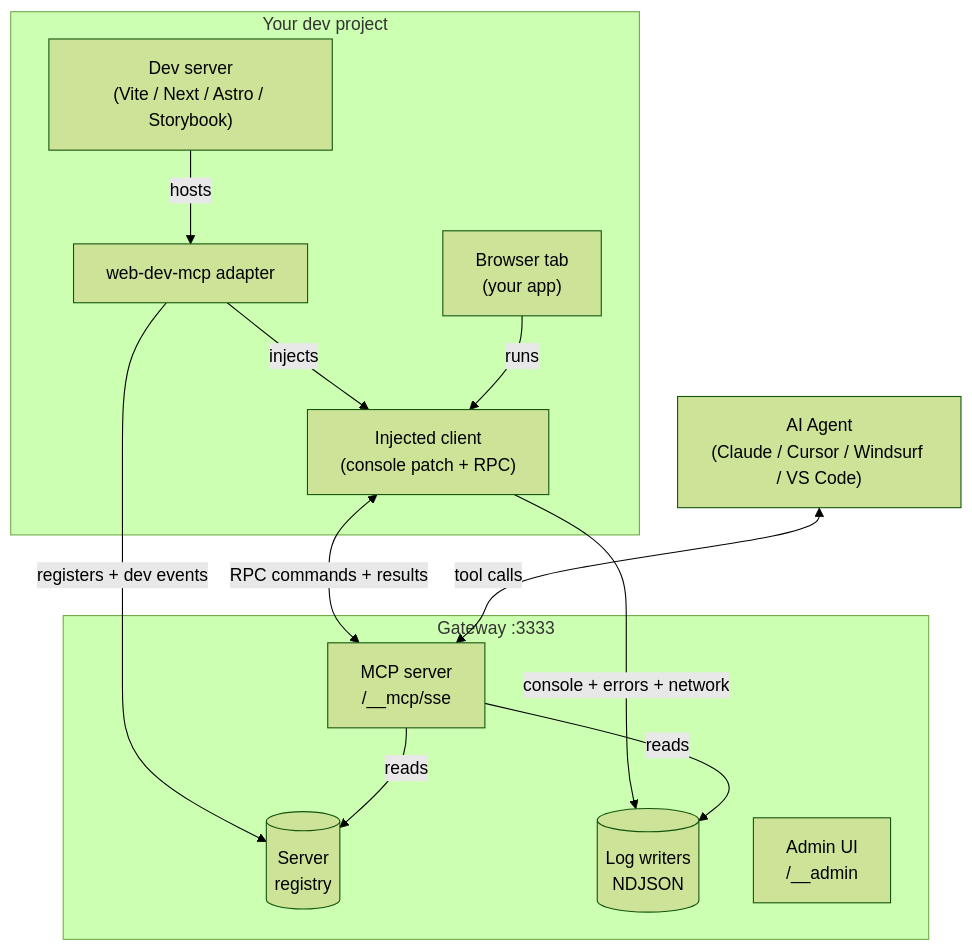
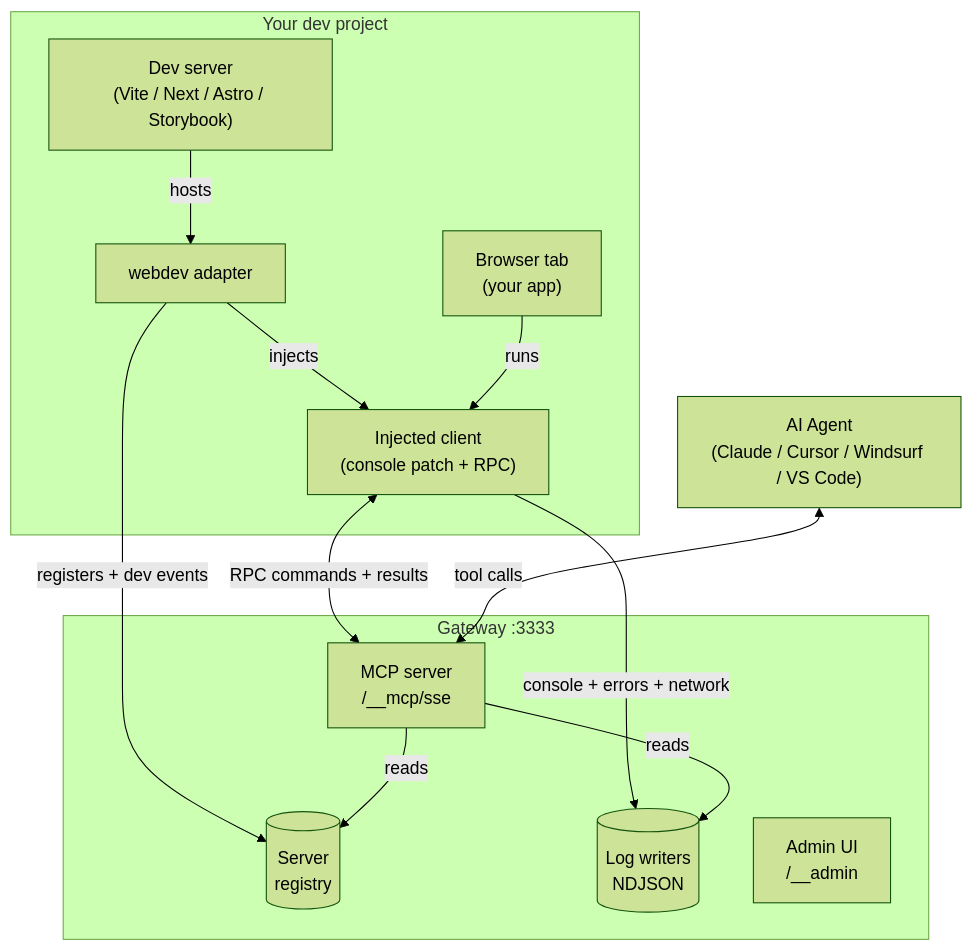
The second of 3 diagrams in README.md (WinstonFassett/webdev-ai), drawn with Mermaid (forest theme) before and after one commit. The commit also changed other lines of this file and 18 other files, not shown here.

First line of the commit message:
rename: web-dev-mcp → webdev

````diff
--- a/README.md
+++ b/README.md
@@ -169,28 +169,28 @@
 ```mermaid
 graph TB
     AGENT["AI Agent<br/>(Claude / Cursor / Windsurf / VS Code)"]
 
     subgraph GW["Gateway :3333"]
         REG[("Server<br/>registry")]
         LOGS[("Log writers<br/>NDJSON")]
         MCP["MCP server<br/>/__mcp/sse"]
         ADMIN["Admin UI<br/>/__admin"]
     end
 
     subgraph DEV["Your dev project"]
         SERVER["Dev server<br/>(Vite / Next / Astro / Storybook)"]
-        ADAPTER["web-dev-mcp adapter"]
+        ADAPTER["webdev adapter"]
         BROWSER["Browser tab<br/>(your app)"]
         CLIENT["Injected client<br/>(console patch + RPC)"]
     end
 
     SERVER -->|hosts| ADAPTER
     ADAPTER -->|registers + dev events| REG
     ADAPTER -->|injects| CLIENT
     BROWSER -->|runs| CLIENT
     CLIENT -->|console + errors + network| LOGS
     CLIENT <-->|RPC commands + results| MCP
     AGENT <-->|tool calls| MCP
     MCP -->|reads| LOGS
     MCP -->|reads| REG
 ```
````
